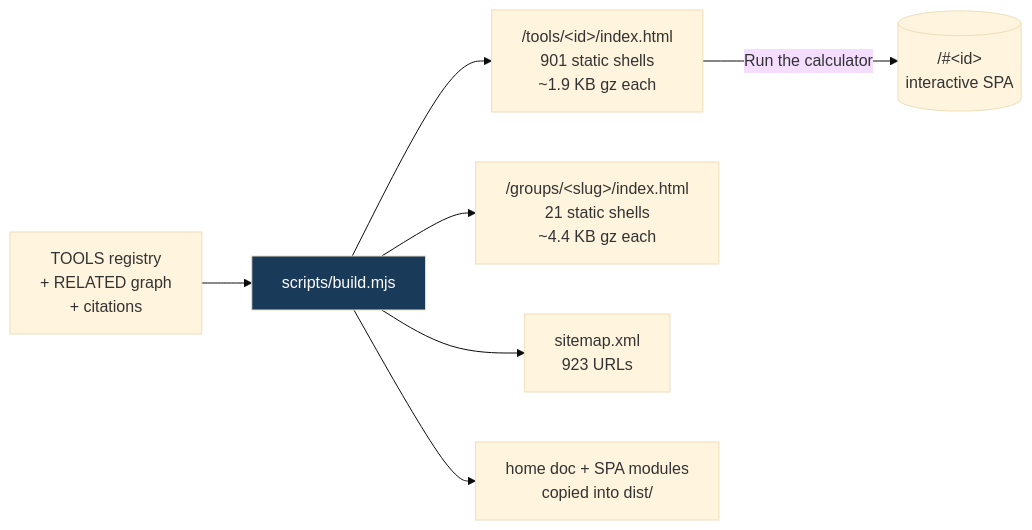
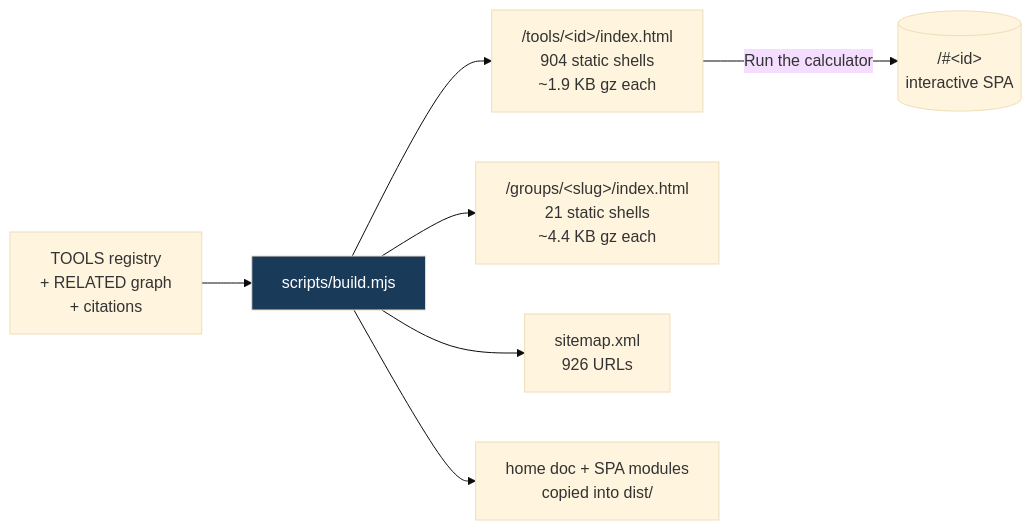
The fifth of 8 diagrams in README.md (clay-good/roughlogic.com), drawn with Mermaid (base theme) before and after one commit. The commit also changed other lines of this file and 19 other files, not shown here.

````diff
--- a/README.md
+++ b/README.md
@@ -495,10 +495,10 @@
 ```mermaid
 flowchart LR
     SRC[TOOLS registry\n+ RELATED graph\n+ citations] --> BUILD[scripts/build.mjs]
-    BUILD --> TILE["/tools/&lt;id&gt;/index.html\n901 static shells\n~1.9 KB gz each"]
+    BUILD --> TILE["/tools/&lt;id&gt;/index.html\n904 static shells\n~1.9 KB gz each"]
     BUILD --> GROUP["/groups/&lt;slug&gt;/index.html\n21 static shells\n~4.4 KB gz each"]
-    BUILD --> MAP["sitemap.xml\n923 URLs"]
+    BUILD --> MAP["sitemap.xml\n926 URLs"]
     BUILD --> COPY[home doc + SPA modules\ncopied into dist/]
     TILE -->|Run the calculator| SPA[("/#&lt;id&gt;\ninteractive SPA")]
     style BUILD fill:#1a3a5a,color:#fff
 ```
````
